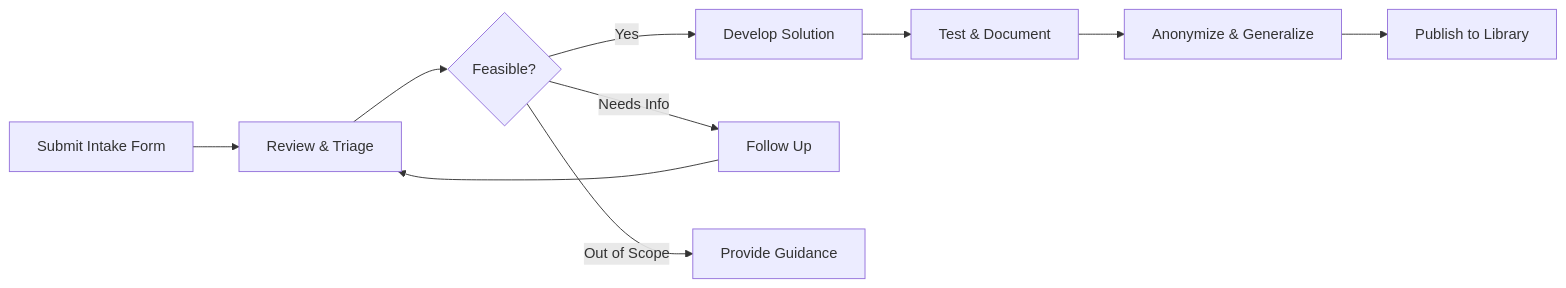
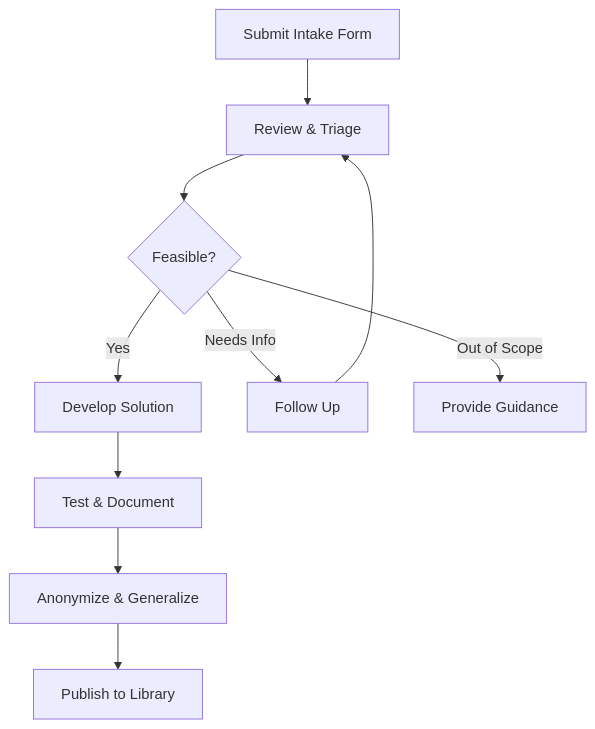
One commit to andre-inter-collab-llc/Bridgeframe-Toolkit changed the diagram in chapters/13-automation-intake.qmd. Above: the diagram before and after it, drawn with Mermaid. The commit also changed other lines of this file and 9 other files, not shown here.

````diff
--- a/chapters/13-automation-intake.qmd
+++ b/chapters/13-automation-intake.qmd
@@ -122,14 +122,14 @@
 ```{mermaid}
 %%| label: fig-automation-clinic-flow
 %%| fig-cap: "Public Health Automation Clinic Workflow"
-flowchart LR
+flowchart TD
     A[Submit Intake Form] --> B[Review & Triage]
     B --> C{Feasible?}
     C -->|Yes| D[Develop Solution]
     C -->|Needs Info| E[Follow Up]
     C -->|Out of Scope| F[Provide Guidance]
     E --> B
     D --> G[Test & Document]
     G --> H[Anonymize & Generalize]
     H --> I[Publish to Library]
 ```
````
